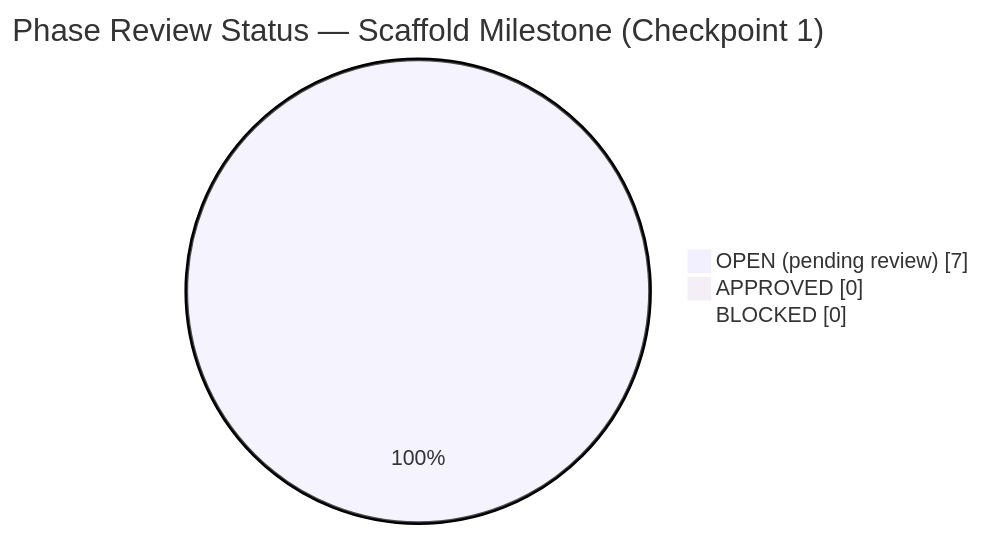
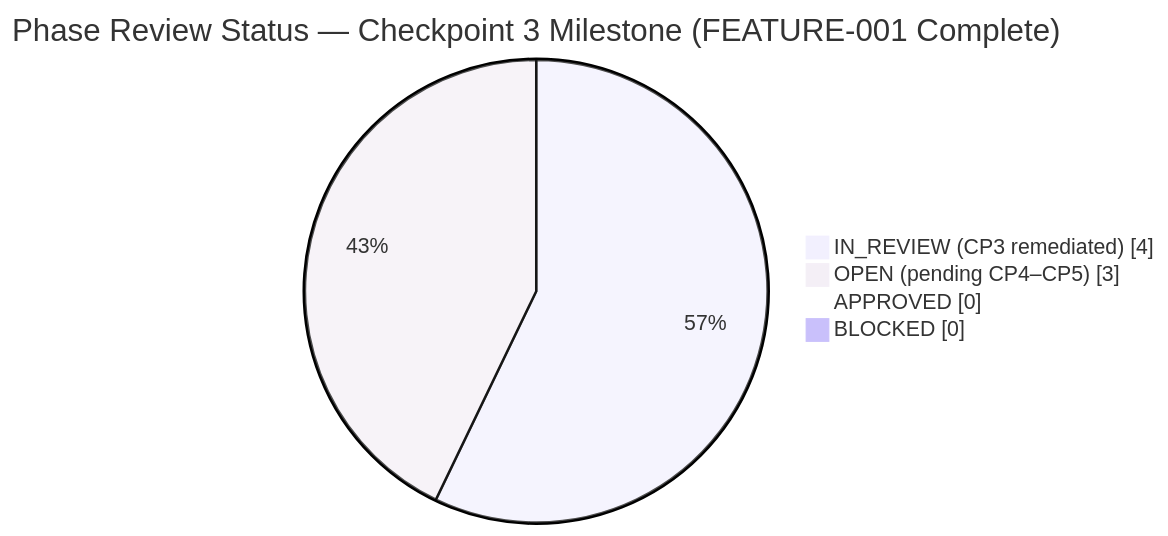
One commit to Blitzy-Sandbox/blitzy-odoo changed the third of 4 diagrams in CODE_REVIEW.md. Above: the diagram before and after it, drawn with Mermaid. The commit also changed other lines of this file, not shown here.

First line of the commit message:
docs(review): record CP3 remediation ledger for 7 findings under commit 98d327e1a22

````diff
--- a/CODE_REVIEW.md
+++ b/CODE_REVIEW.md
@@ -597,7 +618,8 @@
 ```mermaid
 %%{init: {'theme':'base','themeVariables':{'primaryColor':'#F2F0FE','primaryTextColor':'#333333','primaryBorderColor':'#5B39F3','lineColor':'#999999','secondaryColor':'#F4EFF6'}}}%%
-pie showData title Phase Review Status — Scaffold Milestone (Checkpoint 1)
-    "OPEN (pending review)" : 7
+pie showData title Phase Review Status — Checkpoint 3 Milestone (FEATURE-001 Complete)
+    "IN_REVIEW (CP3 remediated)" : 4
+    "OPEN (pending CP4–CP5)" : 3
     "APPROVED" : 0
     "BLOCKED" : 0
 ```
````
